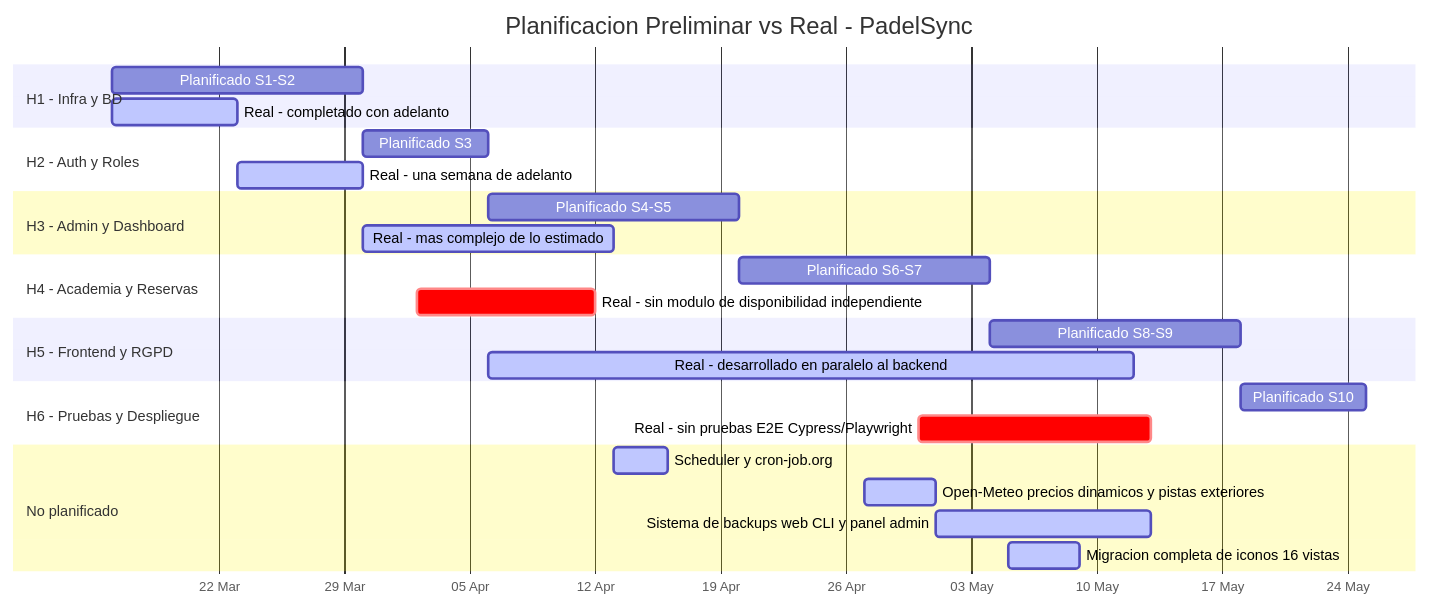
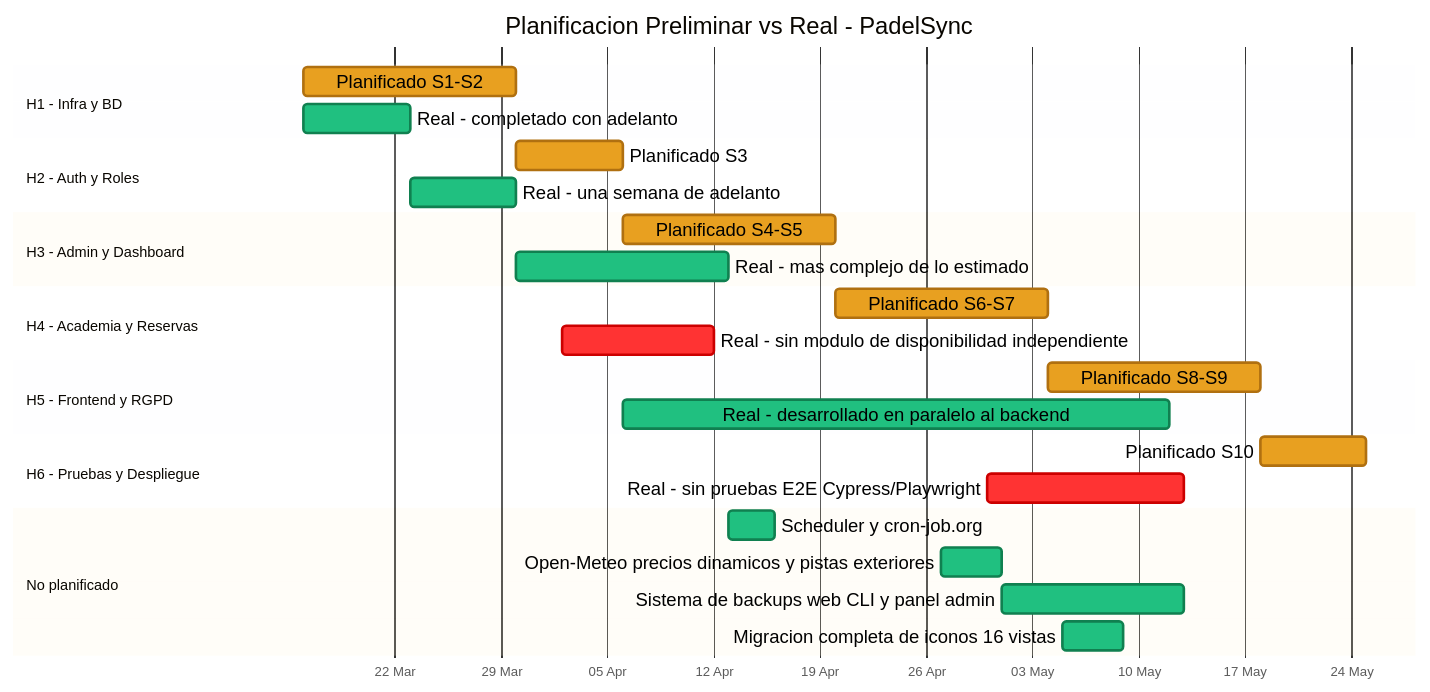
One commit to pabloiglepe/Prueba1---TFG changed the second of 2 diagrams in docs/PLANIFICACION_REAL.md. Above: the diagram before and after it, drawn with Mermaid.

Commit message:
Actualizar documentación

````diff
--- a/docs/PLANIFICACION_REAL.md
+++ b/docs/PLANIFICACION_REAL.md
@@ -75,30 +75,30 @@
 ```mermaid
-%%{init: {'theme': 'base', 'gantt': {'leftPadding': 220, 'barHeight': 22, 'barGap': 6, 'fontSize': 14}, 'themeVariables': {'fontFamily': Impact, 'taskBkgColor': '#e8a020', 'taskBorderColor': '#b07010', 'taskTextColor': '#000000', 'taskTextOutsideColor': '#000000', 'taskTextLightColor': '#000000', 'taskTextDarkColor': '#000000', 'activeTaskBkgColor': '#20c080', 'activeTaskBorderColor': '#108050', 'critBkgColor': '#ff3333', 'critBorderColor': '#cc0000', 'todayLineColor': '#ffffff'}}}%%
+%%{init: {'theme': 'base', 'gantt': {'leftPadding': 220, 'barHeight': 22, 'barGap': 6, 'fontSize': 14}, 'themeVariables': {'fontFamily': 'Impact', 'doneTaskBkgColor': '#e8a020', 'doneTaskBorderColor': '#b07010', 'activeTaskBkgColor': '#20c080', 'activeTaskBorderColor': '#108050', 'critBkgColor': '#ff3333', 'critBorderColor': '#cc0000', 'taskTextColor': '#000000', 'taskTextOutsideColor': '#000000', 'taskTextLightColor': '#000000', 'taskTextDarkColor': '#000000', 'todayLineColor': '#ffffff'}}}%%
 gantt
     title Planificacion Preliminar vs Real - PadelSync
     dateFormat  YYYY-MM-DD
     axisFormat  %d %b
     section H1 - Infra y BD
-    Planificado S1-S2                                  :p1, 2026-03-16, 14d
+    Planificado S1-S2                                  :done, p1, 2026-03-16, 14d
     Real - completado con adelanto                     :active, r1, 2026-03-16, 7d
     section H2 - Auth y Roles
-    Planificado S3                                     :p2, 2026-03-30, 7d
+    Planificado S3                                     :done, p2, 2026-03-30, 7d
     Real - una semana de adelanto                      :active, r2, 2026-03-23, 7d
     section H3 - Admin y Dashboard
-    Planificado S4-S5                                  :p3, 2026-04-06, 14d
+    Planificado S4-S5                                  :done, p3, 2026-04-06, 14d
     Real - mas complejo de lo estimado                 :active, r3, 2026-03-30, 14d
     section H4 - Academia y Reservas
-    Planificado S6-S7                                  :p4, 2026-04-20, 14d
+    Planificado S6-S7                                  :done, p4, 2026-04-20, 14d
     Real - sin modulo de disponibilidad independiente  :crit, r4, 2026-04-02, 10d
     section H5 - Frontend y RGPD
-    Planificado S8-S9                                  :p5, 2026-05-04, 14d
+    Planificado S8-S9                                  :done, p5, 2026-05-04, 14d
     Real - desarrollado en paralelo al backend         :active, r5, 2026-04-06, 36d
     section H6 - Pruebas y Despliegue
-    Planificado S10                                    :p6, 2026-05-18, 7d
+    Planificado S10                                    :done, p6, 2026-05-18, 7d
     Real - sin pruebas E2E Cypress/Playwright          :crit, r6, 2026-04-30, 13d
     section No planificado
     Scheduler y cron-job.org                           :active, np1, 2026-04-13, 3d
     Open-Meteo precios dinamicos y pistas exteriores   :active, np2, 2026-04-27, 4d
     Sistema de backups web CLI y panel admin           :active, np3, 2026-05-01, 12d
     Migracion completa de iconos 16 vistas             :active, np4, 2026-05-05, 4d
 ```
````
